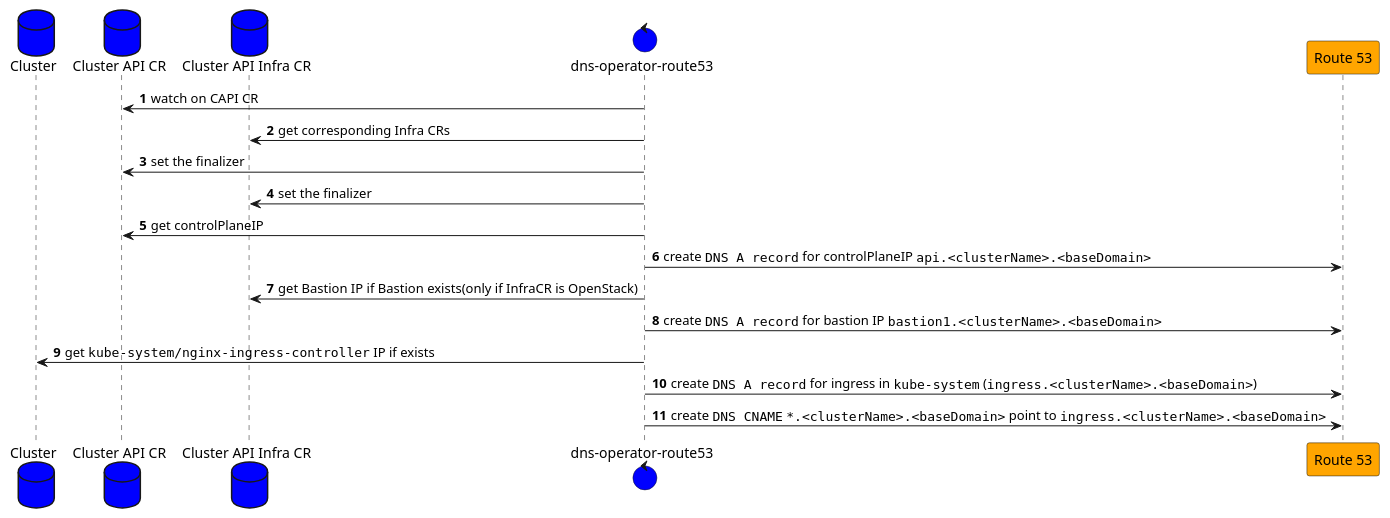
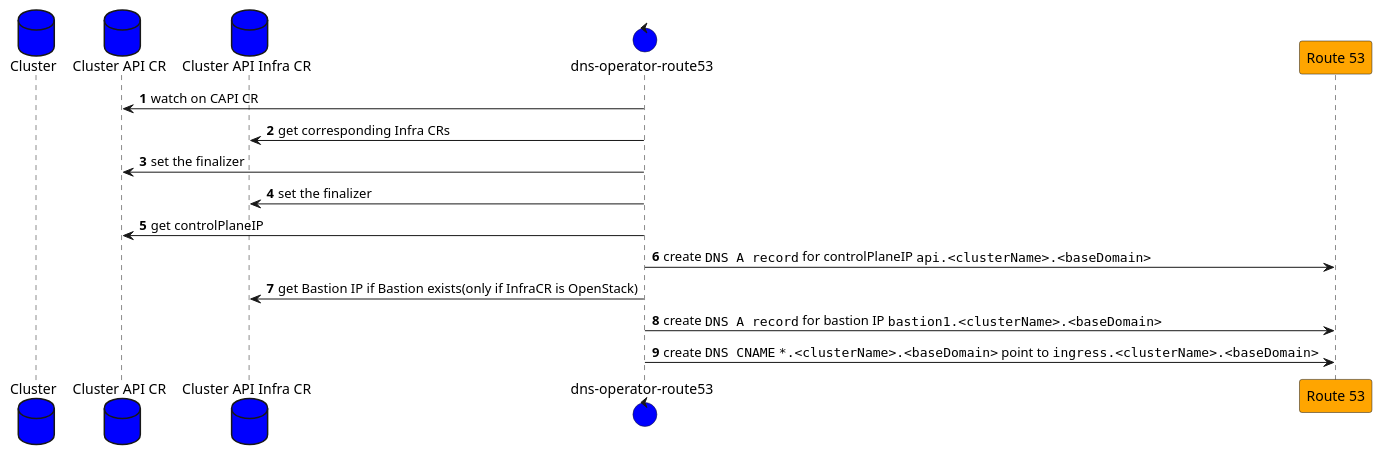
Before and after one commit to giantswarm/dns-operator-route53: the diagram in dns_operator.puml, drawn with PlantUML. The commit also changed 8 other files, not shown here.

Commit message:
Route53: Remove `ingress` record creation.

```diff
--- a/dns_operator.puml
+++ b/dns_operator.puml
@@ -1,22 +1,20 @@
 @startuml
 autonumber
 
 database "Cluster" as cluster #blue
 database "Cluster API CR" as capiCR #blue
 database "Cluster API Infra CR" as capiInfraCR #blue
 control "dns-operator-route53" as dnsOperator #blue
 participant "Route 53" as route53 #orange
 
 dnsOperator -> capiCR: watch on CAPI CR
 dnsOperator -> capiInfraCR: get corresponding Infra CRs
 dnsOperator -> capiCR: set the finalizer
 dnsOperator -> capiInfraCR: set the finalizer
 dnsOperator -> capiCR: get controlPlaneIP
 dnsOperator -> route53: create ""DNS A record"" for controlPlaneIP ""api.<clusterName>.<baseDomain>""
 dnsOperator -> capiInfraCR: get Bastion IP if Bastion exists(only if InfraCR is OpenStack)
 dnsOperator -> route53: create ""DNS A record"" for bastion IP ""bastion1.<clusterName>.<baseDomain>""
-dnsOperator -> cluster: get ""kube-system/nginx-ingress-controller"" IP if exists
-dnsOperator -> route53: create ""DNS A record"" for ingress in ""kube-system"" (""ingress.<clusterName>.<baseDomain>"")
 dnsOperator -> route53: create ""DNS CNAME"" ""*.<clusterName>.<baseDomain>"" point to ""ingress.<clusterName>.<baseDomain>""
 
 @enduml
```
